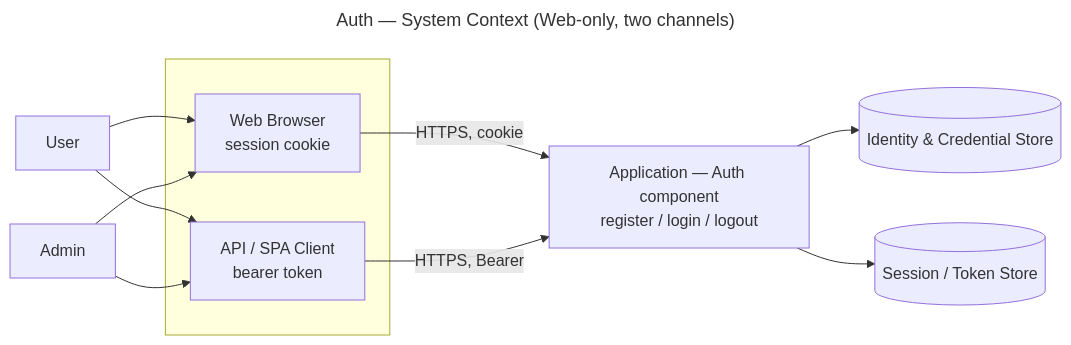
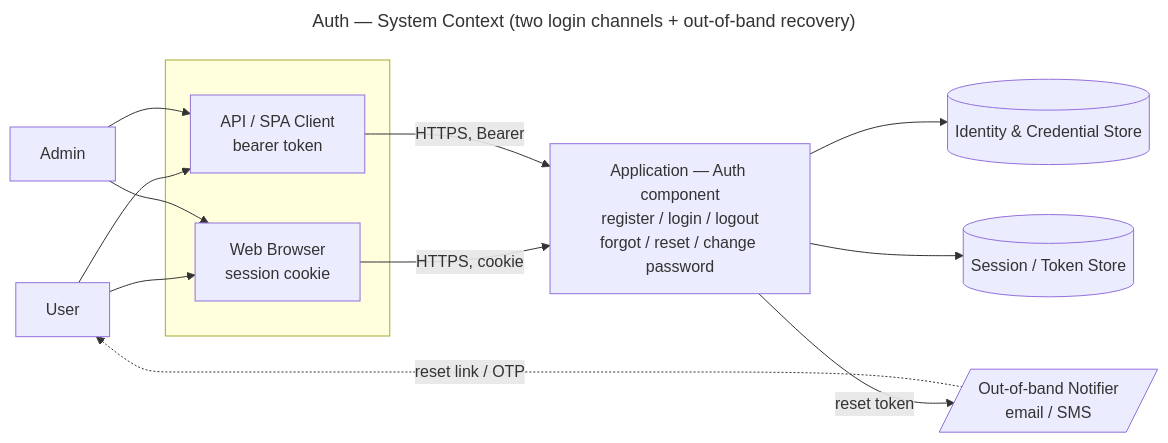
The first of 2 diagrams in auth/base/context.md (aristonis/system-design-components), drawn with Mermaid before and after one commit. The commit also changed other lines of this file and 19 other files, not shown here.

First line of the commit message:
docs(auth): add forgot/reset/change-password

````diff
--- a/auth/base/context.md
+++ b/auth/base/context.md
@@ -44,26 +44,29 @@
 ```mermaid
 ---
-title: Auth — System Context (Web-only, two channels)
+title: Auth — System Context (two login channels + out-of-band recovery)
 ---
 flowchart LR
     User["User"]
     Admin["Admin"]
 
     subgraph Channels[" "]
       Browser["Web Browser<br/>session cookie"]
       ApiClient["API / SPA Client<br/>bearer token"]
     end
 
-    App["Application — Auth component<br/>register / login / logout"]
+    App["Application — Auth component<br/>register / login / logout<br/>forgot / reset / change password"]
     Identity[("Identity &amp; Credential Store")]
     State[("Session / Token Store")]
+    Notifier[/"Out-of-band Notifier<br/>email / SMS"/]
 
     User --> Browser
     User --> ApiClient
     Admin --> Browser
     Admin --> ApiClient
     Browser -->|"HTTPS, cookie"| App
     ApiClient -->|"HTTPS, Bearer"| App
     App --> Identity
     App --> State
+    App -->|"reset token"| Notifier
+    Notifier -. "reset link / OTP" .-> User
 ```
````
